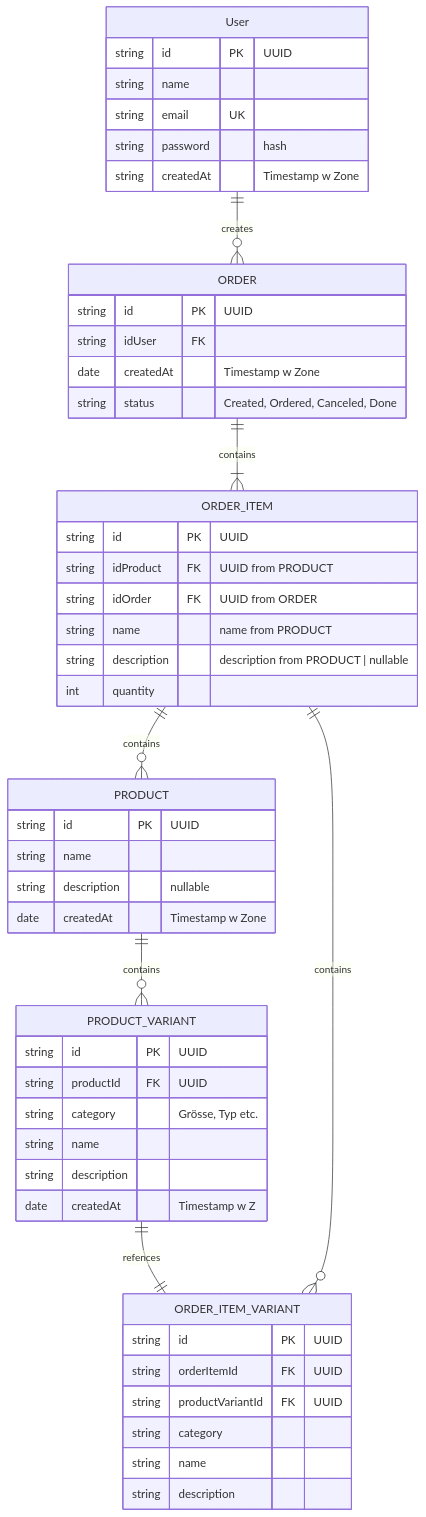
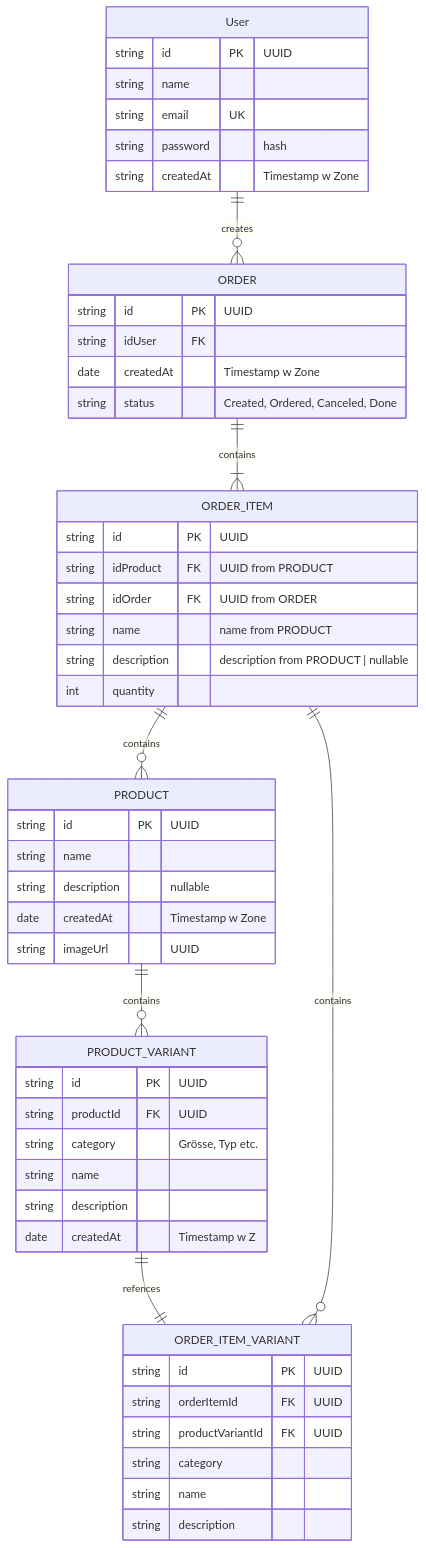
Before and after one commit to Tiffinger-Thiel-GmbH/Merch-Shop: the diagram in README.md, drawn with Mermaid. The commit also changed 23 other files, not shown here.

````diff
--- a/README.md
+++ b/README.md
@@ -23,53 +23,54 @@
 ```mermaid
 erDiagram
     direction TB
     User 1 to many ORDER : creates
     ORDER 1 to one or many ORDER_ITEM : contains
     PRODUCT 1 to zero or many PRODUCT_VARIANT  : contains
     PRODUCT_VARIANT 1 to 1 ORDER_ITEM_VARIANT : refences
     ORDER_ITEM_VARIANT zero or many to 1 ORDER_ITEM : contains
     ORDER_ITEM 1 to many PRODUCT: contains
     User {
         string id PK "UUID"
         string name
         string email UK
         string password "hash"
         string createdAt "Timestamp w Zone"
     }
     ORDER {
         string id PK "UUID"
         string idUser FK
         date createdAt  "Timestamp w Zone"
         string status  "Created, Ordered, Canceled, Done"
     }
     PRODUCT {
         string id PK "UUID"
         string name
         string description "nullable"
         date   createdAt "Timestamp w Zone"
+        string imageUrl "UUID"
     }
     ORDER_ITEM {
         string id PK "UUID"
         string idProduct FK "UUID from PRODUCT"
         string idOrder FK "UUID from ORDER"
         string name  "name from PRODUCT"
         string description "description from PRODUCT | nullable"
         int quantity
     }
     PRODUCT_VARIANT {
         string id PK "UUID"
         string productId FK "UUID"
         string category "Grösse, Typ etc."
         string name
         string description
         date createdAt "Timestamp w Z"
     }
     ORDER_ITEM_VARIANT {
         string id PK "UUID"
         string orderItemId FK "UUID"
         string productVariantId FK "UUID"
         string category
         string name
         string description
     }
 ```
````
